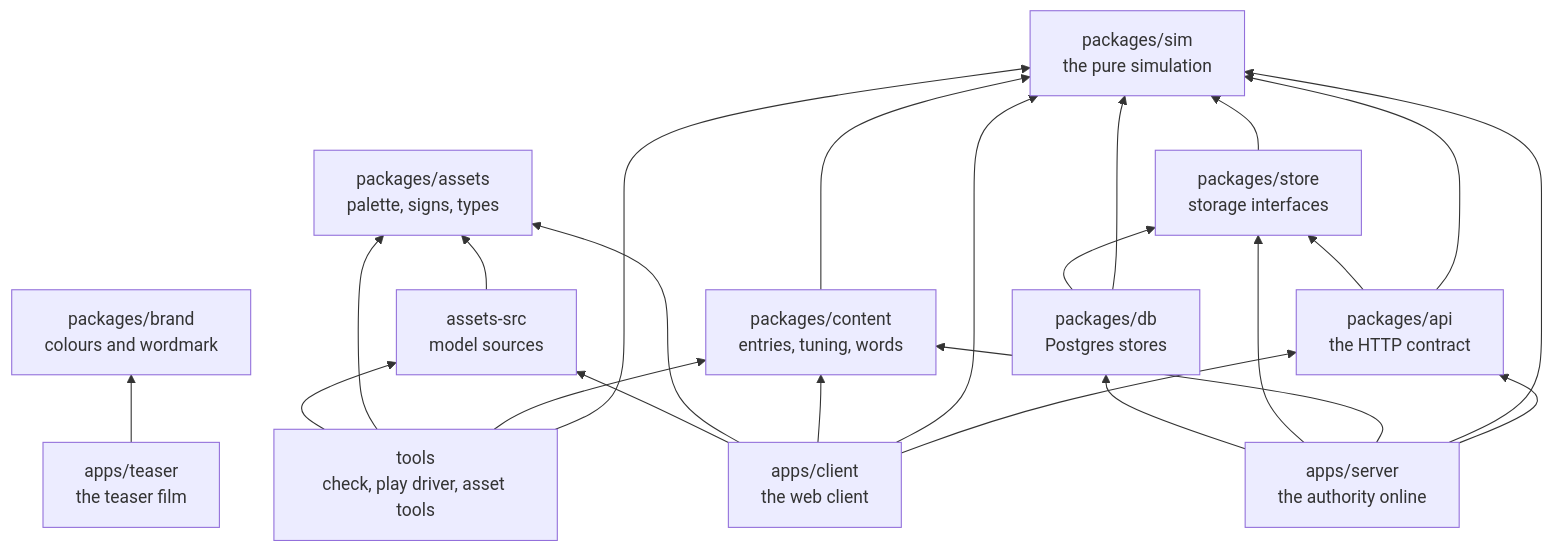
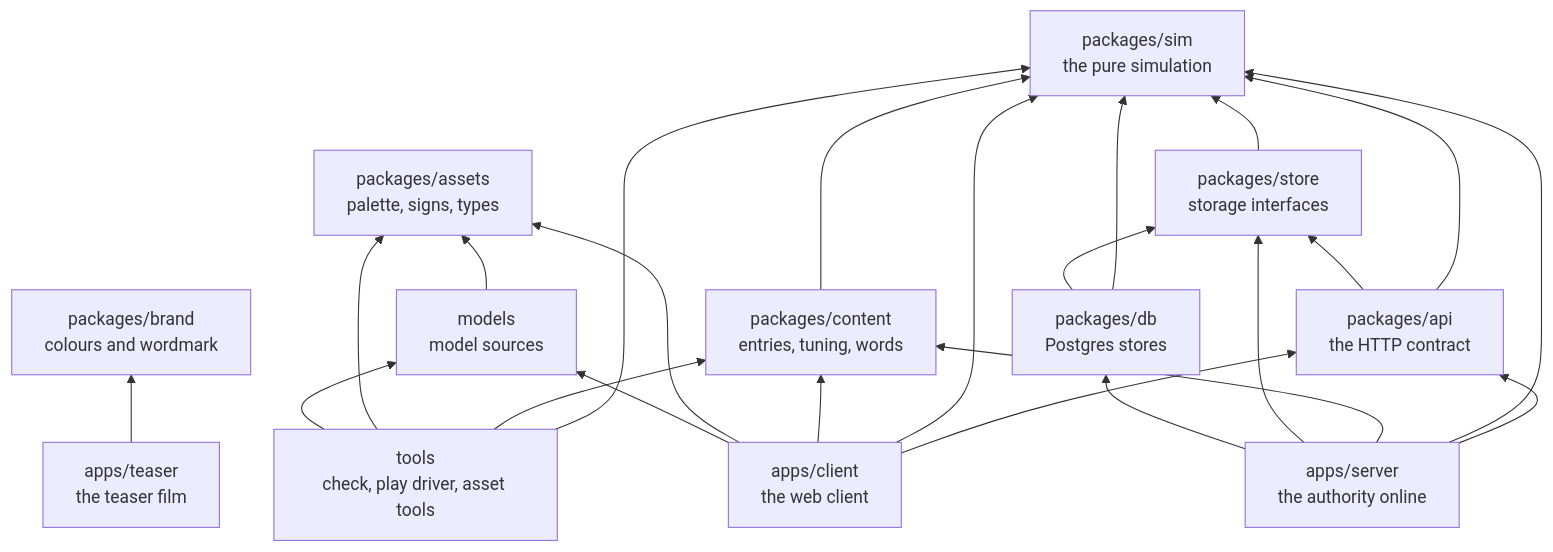
The first of 4 diagrams in docs/site/built/index.md (buildlab-studio/japacity), drawn with Mermaid before and after one commit. The commit also changed other lines of this file and 2461 other files, not shown here.

Commit message:
The model sources live in models/, package @japacity/models, with buildings, landmarks, vehicles, props and shopfronts

````diff
--- a/docs/site/built/index.md
+++ b/docs/site/built/index.md
@@ -13,38 +13,38 @@
 ```mermaid
 flowchart BT
   sim["packages/sim<br/>the pure simulation"]
   content["packages/content<br/>entries, tuning, words"]
   store["packages/store<br/>storage interfaces"]
   api["packages/api<br/>the HTTP contract"]
   db["packages/db<br/>Postgres stores"]
   assets["packages/assets<br/>palette, signs, types"]
   brand["packages/brand<br/>colours and wordmark"]
-  assetsSrc["assets-src<br/>model sources"]
+  assetsSrc["models<br/>model sources"]
   client["apps/client<br/>the web client"]
   server["apps/server<br/>the authority online"]
   teaser["apps/teaser<br/>the teaser film"]
   tools["tools<br/>check, play driver, asset tools"]
 
   content --> sim
   store --> sim
   db --> sim
   db --> store
   api --> sim
   api --> store
   assetsSrc --> assets
   client --> api
   client --> sim
   client --> content
   client --> assets
   client --> assetsSrc
   server --> api
   server --> sim
   server --> content
   server --> store
   server --> db
   teaser --> brand
   tools --> sim
   tools --> content
   tools --> assets
   tools --> assetsSrc
 ```
````
